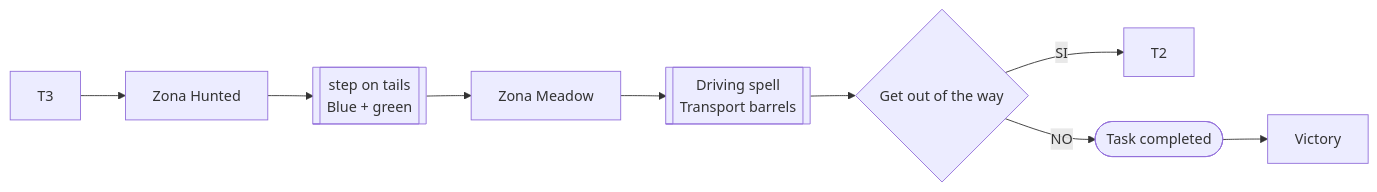
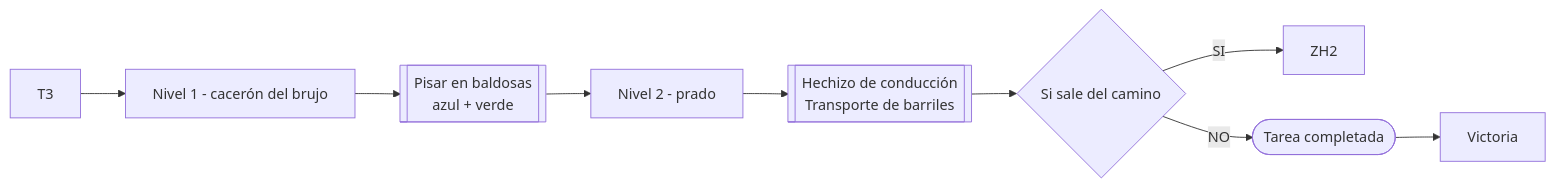
The fourth of 4 diagrams in README.md (DEV25-G03/DEV25-G03-P2), drawn with Mermaid before and after one commit. The commit also changed other lines of this file, not shown here.

First line of the commit message:
Update diagrams README.md

````diff
--- a/README.md
+++ b/README.md
@@ -178,11 +177,11 @@
 ```mermaid
 flowchart LR
-    T3 --> ZH3[Zona Hunted]
-    ZH3 --> ST3[[step on tails<br>Blue + green]]
-    ST3 --> ZM3[Zona Meadow]
-    ZM3 --> DS[[Driving spell<br>Transport barrels]]
-    DS --> GW{Get out of the way}
-    GW --> |SI| T2
-    GW --> |NO| TC3([Task completed])
-    TC3 --> Victory
+    T3 --> ZH3[Nivel 1 - cacerón del brujo]
+    ZH3 --> ST3[[Pisar en baldosas<br>azul + verde]]
+    ST3 --> ZM3[Nivel 2 - prado]
+    ZM3 --> DS[[Hechizo de conducción<br>Transporte de barriles]]
+    DS --> GW{Si sale del camino}
+    GW --> |SI| ZH2
+    GW --> |NO| TC3([Tarea completada])
+    TC3 --> Victoria
 ```
````
